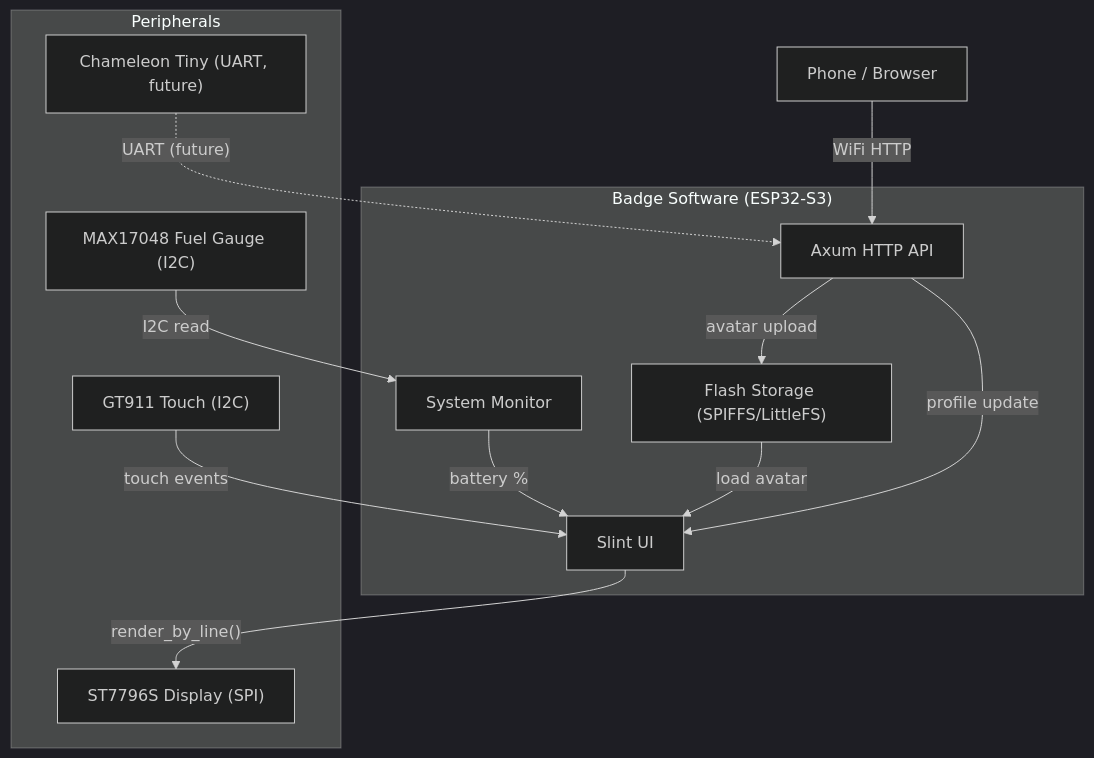
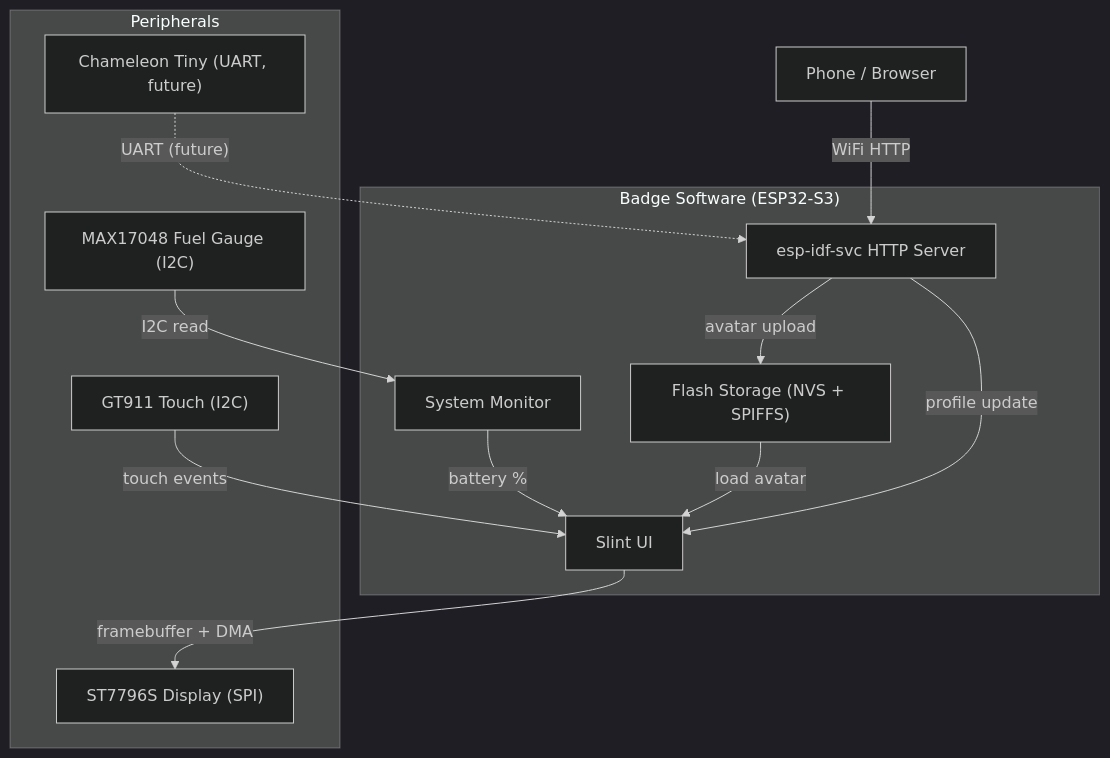
Before and after one commit to Hebububu/VRCBadge: the diagram in docs/software/architecture.md, drawn with Mermaid (dark theme). The commit also changed other lines of this file and 3 other files, not shown here.

Commit message:
docs: update architecture and API docs to match implementation

````diff
--- a/docs/software/architecture.md
+++ b/docs/software/architecture.md
@@ -5,26 +5,26 @@
 ```mermaid
 graph TB
     subgraph Badge["Badge Software (ESP32-S3)"]
         UI["Slint UI"]
-        API["Axum HTTP API"]
-        Storage["Flash Storage (SPIFFS/LittleFS)"]
+        API["esp-idf-svc HTTP Server"]
+        Storage["Flash Storage (NVS + SPIFFS)"]
         Monitor["System Monitor"]
     end
 
     subgraph Peripherals
         Display["ST7796S Display (SPI)"]
         Touch["GT911 Touch (I2C)"]
         Battery["MAX17048 Fuel Gauge (I2C)"]
         RFID["Chameleon Tiny (UART, future)"]
     end
 
     Phone["Phone / Browser"] -->|"WiFi HTTP"| API
     API -->|"avatar upload"| Storage
     API -->|"profile update"| UI
     Storage -->|"load avatar"| UI
-    UI -->|"render_by_line()"| Display
+    UI -->|"framebuffer + DMA"| Display
     Touch -->|"touch events"| UI
     Monitor -->|"battery %"| UI
     Battery -->|"I2C read"| Monitor
     RFID -.->|"UART (future)"| API
 ```
````
